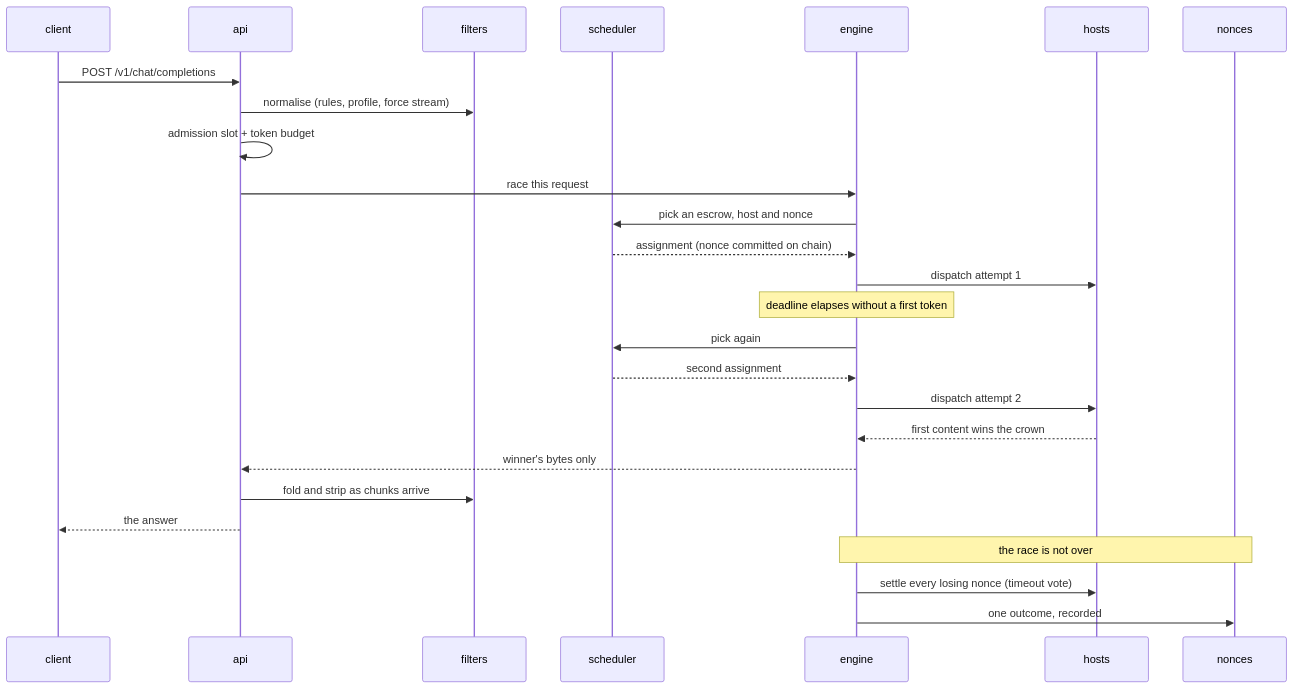
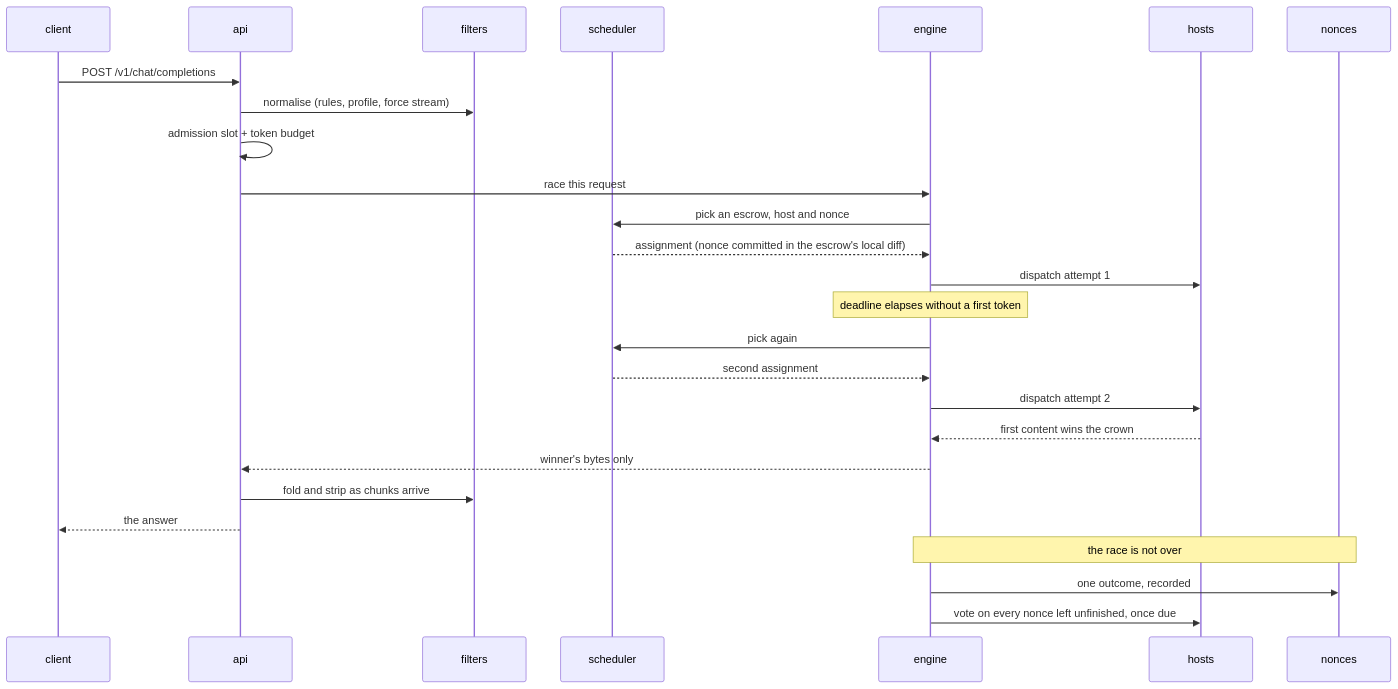
Before and after one commit to kaileido/gonka: the second of 3 diagrams in devshard/cmd/gateway/docs/architecture.md, drawn with Mermaid. The commit also changed other lines of this file and 8 other files, not shown here.

````diff
--- a/devshard/cmd/gateway/docs/architecture.md
+++ b/devshard/cmd/gateway/docs/architecture.md
@@ -74,29 +76,29 @@
 ```mermaid
 sequenceDiagram
     participant C as client
     participant A as api
     participant F as filters
     participant S as scheduler
     participant E as engine
     participant H as hosts
     participant N as nonces
 
     C->>A: POST /v1/chat/completions
     A->>F: normalise (rules, profile, force stream)
     A->>A: admission slot + token budget
     A->>E: race this request
     E->>S: pick an escrow, host and nonce
-    S-->>E: assignment (nonce committed on chain)
+    S-->>E: assignment (nonce committed in the escrow's local diff)
     E->>H: dispatch attempt 1
     Note over E: deadline elapses without a first token
     E->>S: pick again
     S-->>E: second assignment
     E->>H: dispatch attempt 2
     H-->>E: first content wins the crown
     E-->>A: winner's bytes only
     A->>F: fold and strip as chunks arrive
     A-->>C: the answer
     Note over E,N: the race is not over
-    E->>H: settle every losing nonce (timeout vote)
     E->>N: one outcome, recorded
+    E->>H: vote on every nonce left unfinished, once due
 ```
````
